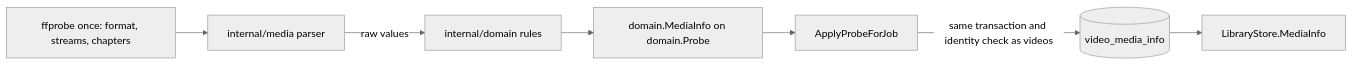
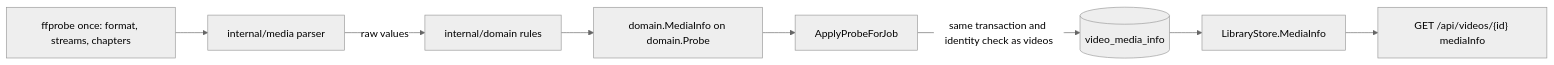
One commit to syudead/vv changed the diagram in docs/design-docs/media-information.md. Above: the diagram before and after it, drawn with Mermaid (neutral theme). The commit also changed other lines of this file and 23 other files, not shown here.

First line of the commit message:
feat(media-info): show media information groups on the video page (specs/056-media-info)

````diff
--- a/docs/design-docs/media-information.md
+++ b/docs/design-docs/media-information.md
@@ -13,9 +13,10 @@
 ```mermaid
 flowchart LR
   ffprobe[ffprobe once: format, streams, chapters] --> parser[internal/media parser]
   parser -->|raw values| rules[internal/domain rules]
   rules --> info[domain.MediaInfo on domain.Probe]
   info --> apply[ApplyProbeForJob]
   apply -->|same transaction and identity check as videos| row[(video_media_info)]
   row --> read[LibraryStore.MediaInfo]
+  read --> detail["GET /api/videos/{id} mediaInfo"]
 ```
````
